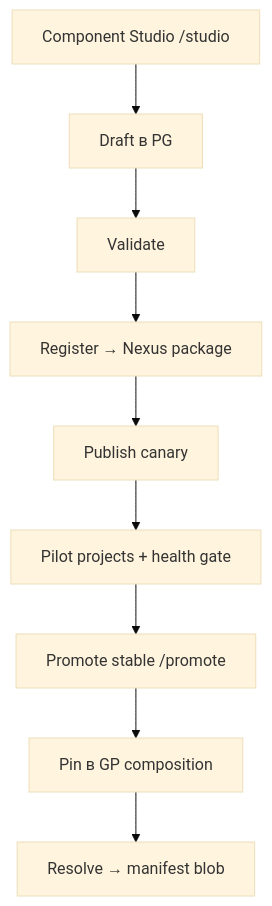
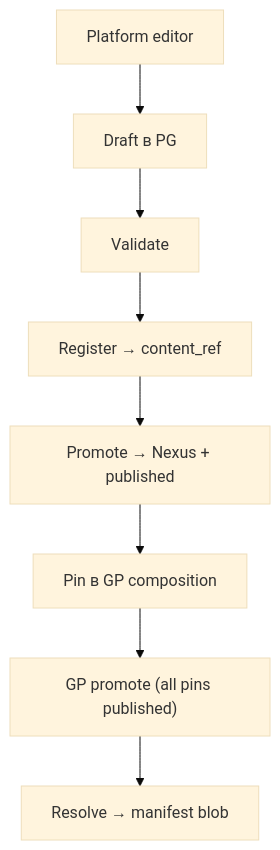
One commit to MstrPol/coin changed the first of 2 diagrams in docs/golden-paths.md. Above: the diagram before and after it, drawn with Mermaid (base theme). The commit also changed other lines of this file and 63 other files, not shown here.

````diff
--- a/docs/golden-paths.md
+++ b/docs/golden-paths.md
@@ -24,11 +24,10 @@
 ```mermaid
 flowchart TD
-  A["Component Studio /studio"] --> B["Draft в PG"]
+  A["Platform editor"] --> B["Draft в PG"]
   B --> C["Validate"]
-  C --> D["Register → Nexus package"]
-  D --> E["Publish canary"]
-  E --> F["Pilot projects + health gate"]
-  F --> G["Promote stable /promote"]
-  G --> H["Pin в GP composition"]
-  H --> I["Resolve → manifest blob"]
+  C --> D["Register → content_ref"]
+  D --> E["Promote → Nexus + published"]
+  E --> F["Pin в GP composition"]
+  F --> G["GP promote (all pins published)"]
+  G --> H["Resolve → manifest blob"]
 ```
````
